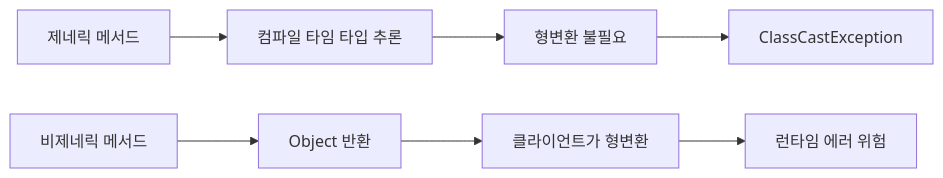
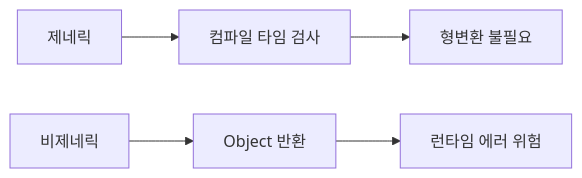
The second of 6 diagrams in _posts/effective_java/2026-05-03-effective-java-generics-enums.md (yjkim2015/yjkim2015.github.io), drawn with Mermaid before and after one commit. The commit also changed other lines of this file and 163 other files, not shown here.

First line of the commit message:
Mermaid 300개 블록 내용 축소: 5노드 5엣지 이하, 의미 있는 약어

````diff
--- a/_posts/effective_java/2026-05-03-effective-java-generics-enums.md
+++ b/_posts/effective_java/2026-05-03-effective-java-generics-enums.md
@@ -123,9 +123,7 @@
 ```mermaid
-flowchart LR
-    A["제네릭 메서드"] --> B["컴파일 타임 타입 추론"]
+graph LR
+    A["제네릭"] --> B["컴파일 타임 검사"]
     B --> C["형변환 불필요"]
-    C --> D["ClassCastException"]
-    E["비제네릭 메서드"] --> F["Object 반환"]
-    F --> G["클라이언트가 형변환"]
-    G --> H["런타임 에러 위험"]
+    D["비제네릭"] --> E["Object 반환"]
+    E --> F["런타임 에러 위험"]
 ```
````
